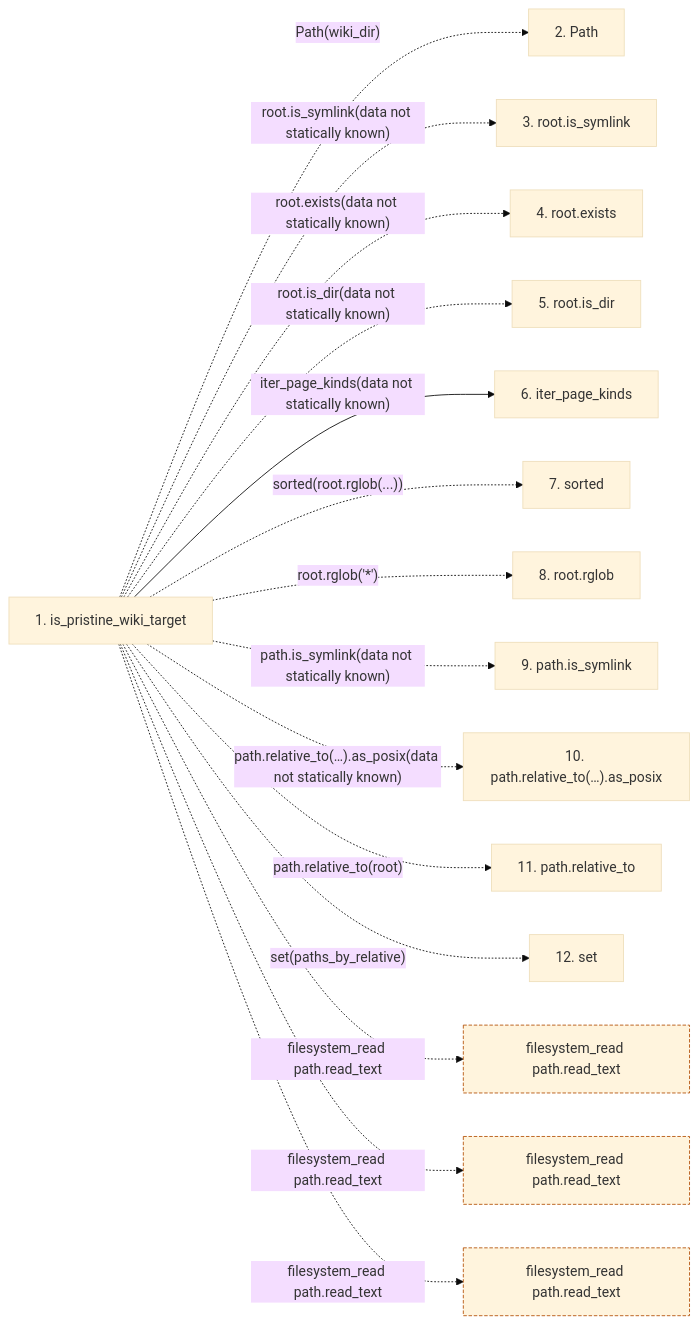
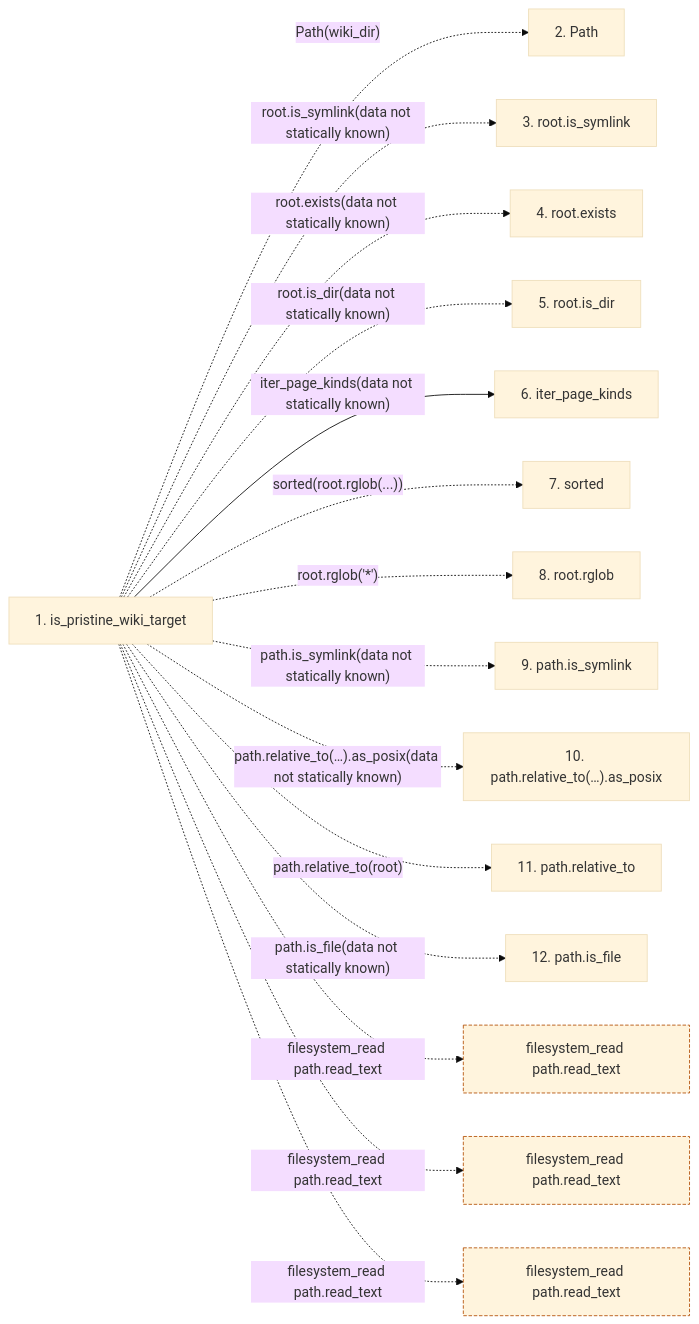
Before and after one commit to Denissvgn/python-wiki-llm: the second of 2 diagrams in docs/llm_wiki/flows/api-is_pristine_wiki_target.md, drawn with Mermaid (base theme). The commit also changed other lines of this file and 303 other files, not shown here.

````diff
--- a/docs/llm_wiki/flows/api-is_pristine_wiki_target.md
+++ b/docs/llm_wiki/flows/api-is_pristine_wiki_target.md
@@ -89,38 +88,38 @@
 ```mermaid
 flowchart LR
     s1["1. is_pristine_wiki_target"]
     s2["2. Path"]
     s3["3. root.is_symlink"]
     s4["4. root.exists"]
     s5["5. root.is_dir"]
     s6["6. iter_page_kinds"]
     s7["7. sorted"]
     s8["8. root.rglob"]
     s9["9. path.is_symlink"]
     s10["10. path.relative_to(…).as_posix"]
     s11["11. path.relative_to"]
-    s12["12. set"]
+    s12["12. path.is_file"]
     s1 -. "Path(wiki_dir)" .-> s2
     s1 -. "root.is_symlink(data not statically known)" .-> s3
     s1 -. "root.exists(data not statically known)" .-> s4
     s1 -. "root.is_dir(data not statically known)" .-> s5
     s1 -->|"iter_page_kinds(data not statically known)"| s6
     s1 -. "sorted(root.rglob(...))" .-> s7
     s1 -. "root.rglob('*')" .-> s8
     s1 -. "path.is_symlink(data not statically known)" .-> s9
     s1 -. "path.relative_to(…).as_posix(data not statically known)" .-> s10
     s1 -. "path.relative_to(root)" .-> s11
-    s1 -. "set(paths_by_relative)" .-> s12
+    s1 -. "path.is_file(data not statically known)" .-> s12
     b0["filesystem_read path.read_text"]
     s1 -. "filesystem_read path.read_text" .-> b0
     b1["filesystem_read path.read_text"]
     s1 -. "filesystem_read path.read_text" .-> b1
     b2["filesystem_read path.read_text"]
     s1 -. "filesystem_read path.read_text" .-> b2
     click s1 "../modules/wiki_lifecycle.md"
     click s6 "../modules/wiki_surface.md"
     classDef boundary stroke:#b45309,stroke-dasharray: 4 2
     class b0 boundary
     class b1 boundary
     class b2 boundary
 ```
````
